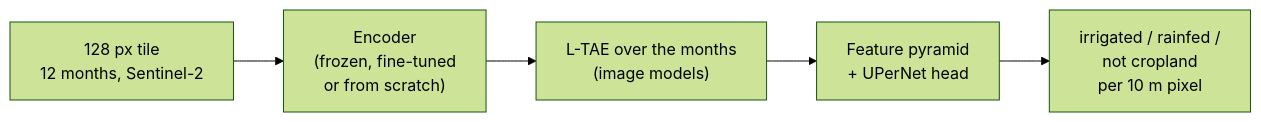
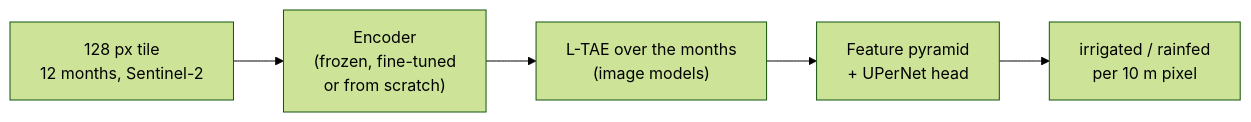
The diagram in docs/foundation_models.md (amanchry/irrimapping-geofm), drawn with Mermaid (forest theme) before and after one commit. The commit also changed other lines of this file and 179 other files, not shown here.

First line of the commit message:
Redesign experiments: two classes (irrigated, rainfed), no cropland mask, Morocco first

````diff
--- a/docs/foundation_models.md
+++ b/docs/foundation_models.md
@@ -37,7 +37,7 @@
 ```mermaid
 flowchart LR
     A["128 px tile<br/>12 months, Sentinel-2"] --> B["Encoder<br/>(frozen, fine-tuned<br/>or from scratch)"]
     B --> C["L-TAE over the months<br/>(image models)"]
     C --> D["Feature pyramid<br/>+ UPerNet head"]
-    D --> E["irrigated / rainfed /<br/>not cropland<br/>per 10 m pixel"]
+    D --> E["irrigated / rainfed<br/>per 10 m pixel"]
 ```
````
